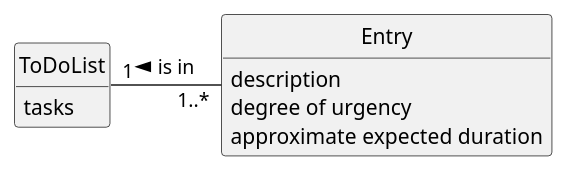
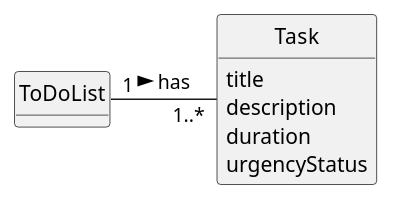
One commit to ricardomm7/leaflink changed the diagram in docs/sprintC/us021/02.analysis/puml/us021-domain-model.puml. Above: the diagram before and after it, drawn with PlantUML. The commit also changed 2 other files, not shown here.

```diff
--- a/docs/sprintC/us021/02.analysis/puml/us021-domain-model.puml
+++ b/docs/sprintC/us021/02.analysis/puml/us021-domain-model.puml
@@ -1,25 +1,27 @@
 @startuml
 skinparam monochrome true
 skinparam packageStyle rectangle
 skinparam shadowing false
 
 'left to right direction
 
 skinparam classAttributeIconSize 0
 
 hide circle
 hide methods
 
 
-class Entry {
+class Task {
+    title
     description
-    degree of urgency
-    approximate expected duration
+    duration
+    urgencyStatus
+
 }
 
 class ToDoList {
-    tasks
+
 }
 
-ToDoList "1" -"1..*" Entry: is in <
+ToDoList "1" -"1..*" Task: has >
 @enduml
```
